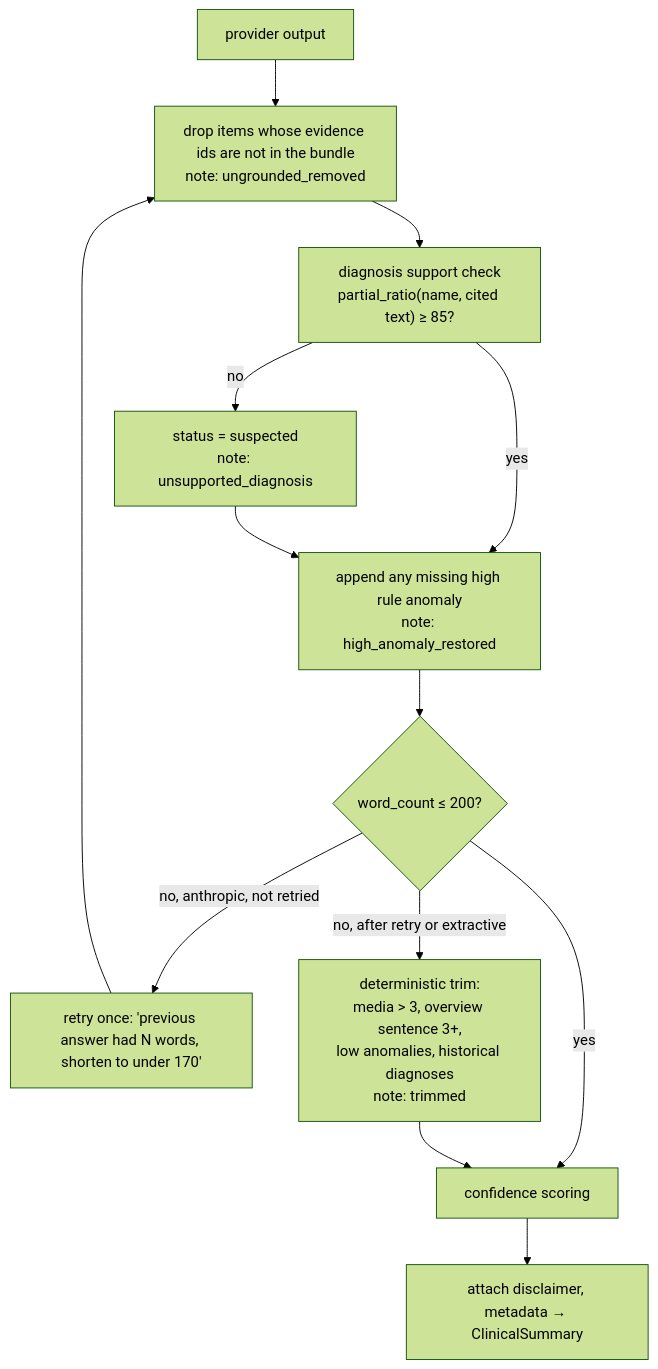
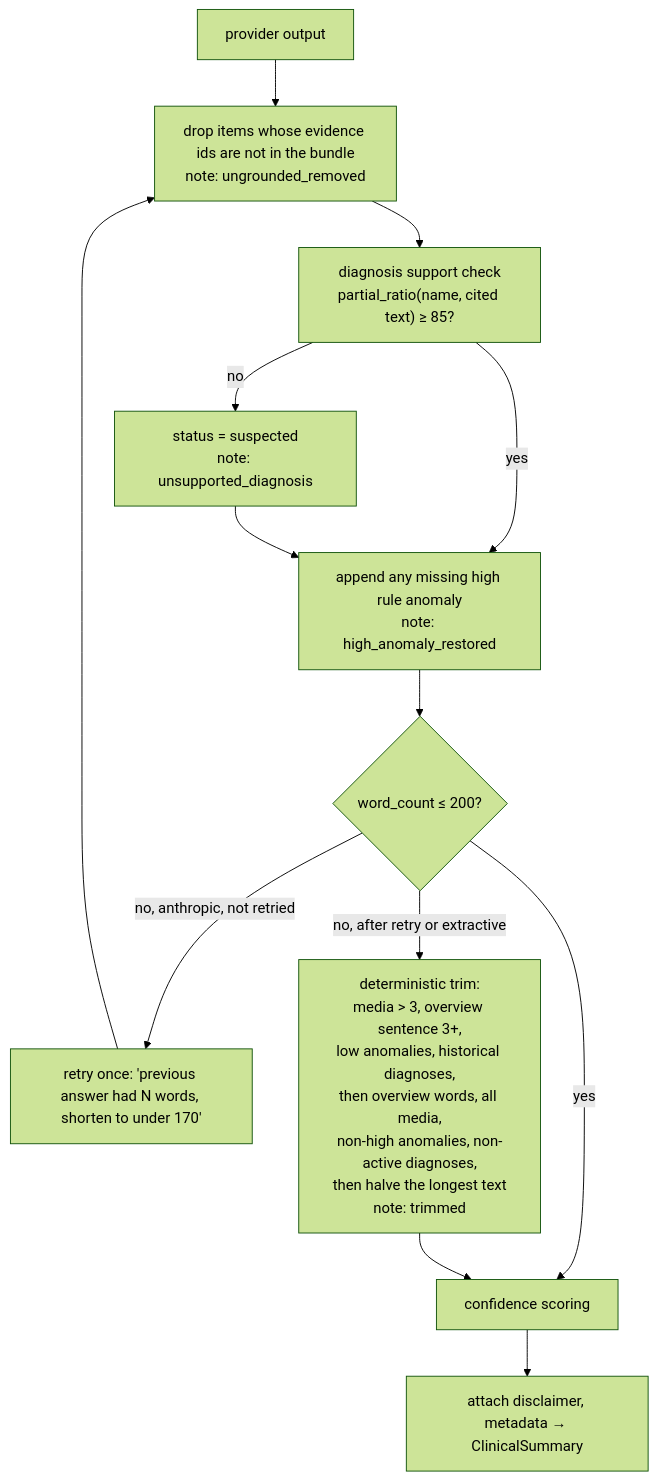
The third of 5 diagrams in docs/05-ALGORITHMS.md (RasAbrish/ehr-media-intelligence), drawn with Mermaid (forest theme) before and after one commit. The commit also changed other lines of this file and 18 other files, not shown here.

````diff
--- a/docs/05-ALGORITHMS.md
+++ b/docs/05-ALGORITHMS.md
@@ -203,15 +210,15 @@
 ```mermaid
 flowchart TD
     A["provider output"] --> B["drop items whose evidence ids are not in the bundle<br/>note: ungrounded_removed"]
     B --> C["diagnosis support check<br/>partial_ratio(name, cited text) ≥ 85?"]
     C -- "no" --> C2["status = suspected<br/>note: unsupported_diagnosis"]
     C -- "yes" --> D
     C2 --> D["append any missing high rule anomaly<br/>note: high_anomaly_restored"]
     D --> E{"word_count ≤ 200?"}
     E -- yes --> G
     E -- "no, anthropic, not retried" --> F["retry once: 'previous answer had N words, shorten to under 170'"]
     F --> B
-    E -- "no, after retry or extractive" --> T["deterministic trim:<br/>media > 3, overview sentence 3+,<br/>low anomalies, historical diagnoses<br/>note: trimmed"]
+    E -- "no, after retry or extractive" --> T["deterministic trim:<br/>media > 3, overview sentence 3+,<br/>low anomalies, historical diagnoses,<br/>then overview words, all media,<br/>non-high anomalies, non-active diagnoses,<br/>then halve the longest text<br/>note: trimmed"]
     T --> G["confidence scoring"]
     G --> H["attach disclaimer, metadata → ClinicalSummary"]
 ```
````
